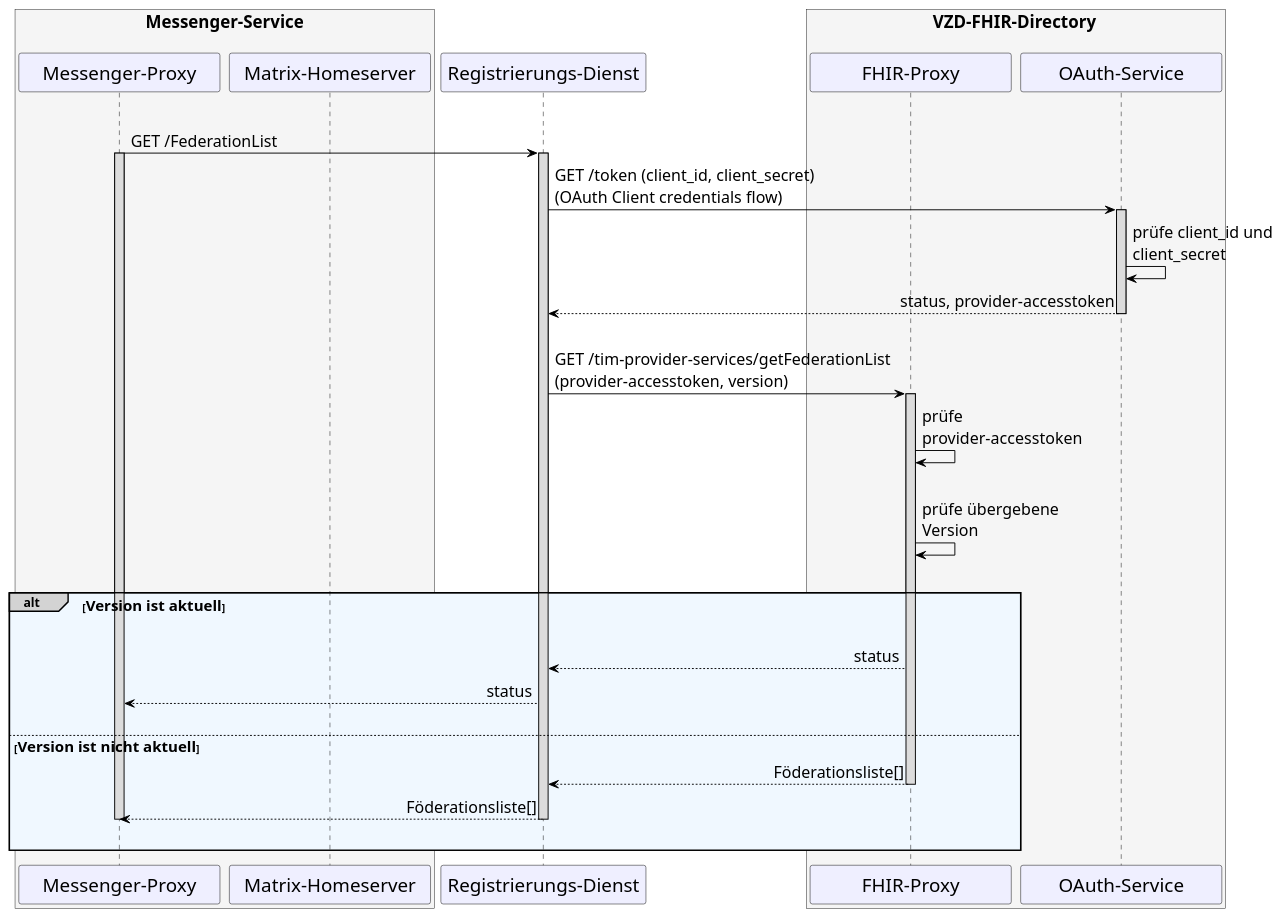
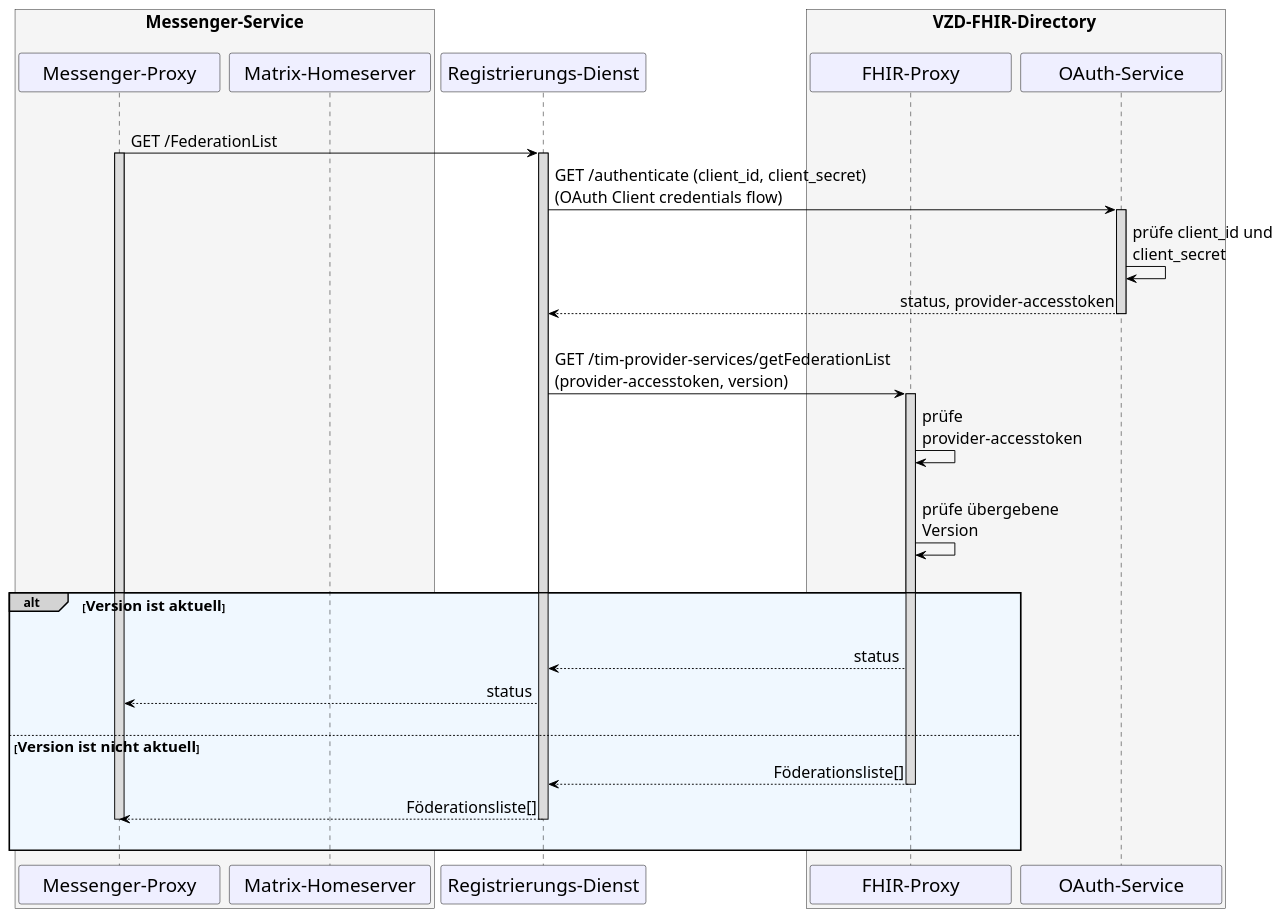
One commit to gematik/api-ti-messenger changed the diagram in src/plantuml/TI-Messenger-Dienst/Ressourcen/UC_Update_Federationlist_Seq.puml. Above: the diagram before and after it, drawn with PlantUML.

```diff
--- a/src/plantuml/TI-Messenger-Dienst/Ressourcen/UC_Update_Federationlist_Seq.puml
+++ b/src/plantuml/TI-Messenger-Dienst/Ressourcen/UC_Update_Federationlist_Seq.puml
@@ -9,72 +9,72 @@
 @startuml
 skinparam sequenceMessageAlign direction
 skinparam minClassWidth 200
 skinparam BoxPadding 1
 skinparam sequenceReferenceHeaderBackgroundColor palegreen
 scale max 2048 width
 
 skinparam sequence {
 ArrowColor black
 ArrowFontSize 17
 ActorBorderColor black
 LifeLineBorderColor black
 LifeLineBackgroundColor Gainsboro
 
 ParticipantBorderColor Motivation
 ParticipantBackgroundColor Motivation
 ParticipantFontName Impact
 ParticipantFontSize 20
 ParticipantFontColor black
 ParticipantBorderColor Black
 ParticipantBackgroundColor MOTIVATION
 
 ActorBackgroundColor Gainsboro
 ActorFontColor black
 ActorFontSize 20
 ActorFontName Aapex
 }
     box <size:18>Messenger-Service\n #WhiteSmoke
     participant MP as "Messenger-Proxy"
     participant MH as "Matrix-Homeserver"
     end box
     participant RD as "Registrierungs-Dienst"
     box <size:18>VZD-FHIR-Directory</size> #WhiteSmoke
       participant FP as "FHIR-Proxy"
       participant AS as "OAuth-Service"
     end box
 
   |||
   MP->RD: GET /FederationList 
     Activate MP
     Activate RD
 
-  RD->AS: GET /token (client_id, client_secret) \n(OAuth Client credentials flow)
+  RD->AS: GET /authenticate (client_id, client_secret) \n(OAuth Client credentials flow)
     Activate AS
   AS->AS: prüfe client_id und \nclient_secret
   AS-->RD: status, provider-accesstoken 
     Deactivate AS  
 
   |||
   RD->FP: GET /tim-provider-services/getFederationList \n(provider-accesstoken, version)
     Activate FP
   FP->FP: prüfe \nprovider-accesstoken
   |||
   FP->FP: prüfe übergebene \nVersion
 
 |||
 alt#LightGrey #AliceBlue <size:16>Version ist aktuell</size>
 |||    
 
     FP-->RD: status
     RD-->MP: status
     |||
     
     else <size:16>Version ist nicht aktuell</size>
        FP-->RD: Föderationsliste[]
         Deactivate FP
       RD-->MP: Föderationsliste[]
         Deactivate RD
         deactivate MP
     |||
 end
 @enduml
```
